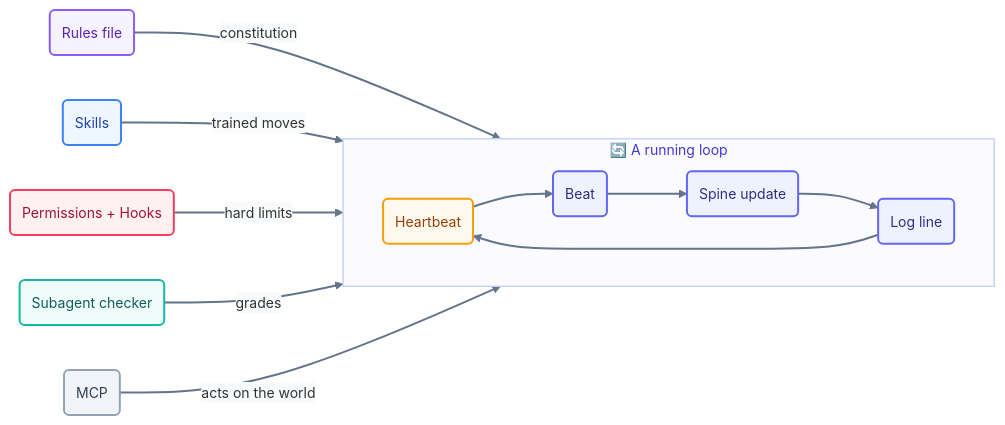
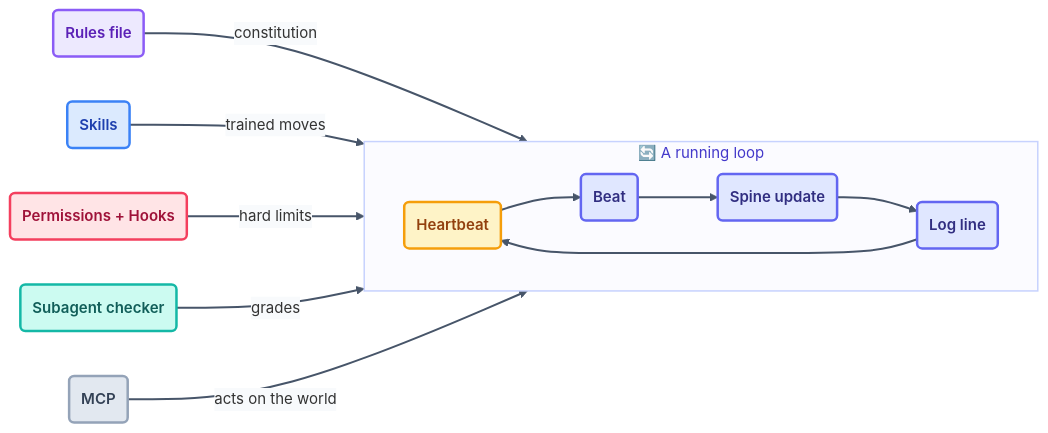
One commit to ayeshakhalid192007-dev/LoopEngineering-CrashCourse changed the diagram in docs/02-foundations/primitives.md. Above: the diagram before and after it, drawn with Mermaid. The commit also changed 66 other files, not shown here.

First line of the commit message:
docs(diagrams): visibly bolder pass — deeper fills, heavier strokes, semibold labels

````diff
--- a/docs/02-foundations/primitives.md
+++ b/docs/02-foundations/primitives.md
@@ -31,23 +31,23 @@
 ```mermaid
-%%{init: {'theme':'base','themeVariables':{'fontFamily':'ui-sans-serif, system-ui, sans-serif','fontSize':'14px','lineColor':'#64748b','edgeLabelBackground':'#f8fafc'},'flowchart':{'curve':'basis','nodeSpacing':45,'rankSpacing':55,'padding':12}}}%%
+%%{init: {'theme':'base','themeVariables':{'fontFamily':'ui-sans-serif, system-ui, sans-serif','fontSize':'15px','lineColor':'#475569','edgeLabelBackground':'#f8fafc'},'flowchart':{'curve':'basis','nodeSpacing':45,'rankSpacing':55,'padding':12}}}%%
 flowchart LR
     subgraph LOOP ["🔄  A running loop"]
       direction LR
       HB("Heartbeat"):::time --> B("Beat"):::beat
       B --> SP("Spine update"):::beat --> LOG("Log line"):::beat --> HB
     end
     RF("Rules file"):::cfg -->|constitution| B
     SK("Skills"):::skill -->|trained moves| B
     PERM("Permissions + Hooks"):::limit -->|hard limits| B
     SUB("Subagent checker"):::check -->|grades| B
     M("MCP"):::reach -->|acts on the world| B
-    linkStyle default stroke:#64748b,stroke-width:2px;
-    classDef time fill:#fef9ec,stroke:#f59e0b,stroke-width:2px,color:#92400e;
-    classDef beat fill:#eef2ff,stroke:#6366f1,stroke-width:2px,color:#312e81;
-    classDef cfg fill:#f5f3ff,stroke:#8b5cf6,stroke-width:2px,color:#5b21b6;
-    classDef skill fill:#eef6ff,stroke:#3b82f6,stroke-width:2px,color:#1e40af;
-    classDef limit fill:#fff1f2,stroke:#f43f5e,stroke-width:2px,color:#9f1239;
-    classDef check fill:#effcf9,stroke:#14b8a6,stroke-width:2px,color:#115e59;
-    classDef reach fill:#f1f5f9,stroke:#94a3b8,stroke-width:2px,color:#334155;
+    linkStyle default stroke:#475569,stroke-width:2px;
+    classDef time fill:#fef3c7,stroke:#f59e0b,stroke-width:2.5px,color:#92400e,font-weight:600;
+    classDef beat fill:#e0e7ff,stroke:#6366f1,stroke-width:2.5px,color:#312e81,font-weight:600;
+    classDef cfg fill:#ede9fe,stroke:#8b5cf6,stroke-width:2.5px,color:#5b21b6,font-weight:600;
+    classDef skill fill:#dbeafe,stroke:#3b82f6,stroke-width:2.5px,color:#1e40af,font-weight:600;
+    classDef limit fill:#ffe4e6,stroke:#f43f5e,stroke-width:2.5px,color:#9f1239,font-weight:600;
+    classDef check fill:#ccfbf1,stroke:#14b8a6,stroke-width:2.5px,color:#115e59,font-weight:600;
+    classDef reach fill:#e2e8f0,stroke:#94a3b8,stroke-width:2.5px,color:#334155,font-weight:600;
     style LOOP fill:#fbfbff,stroke:#c7d2fe,stroke-width:1.5px,color:#4338ca;
 ```
````
